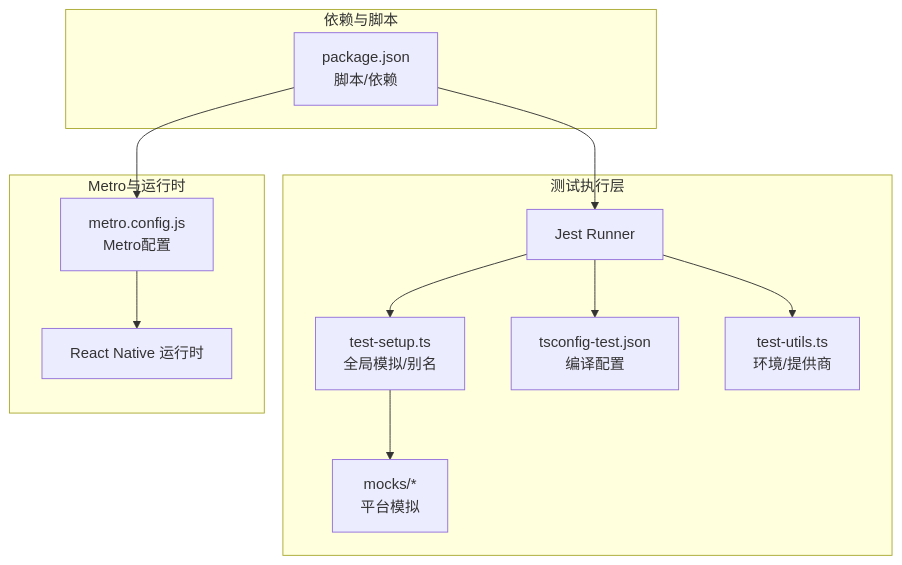
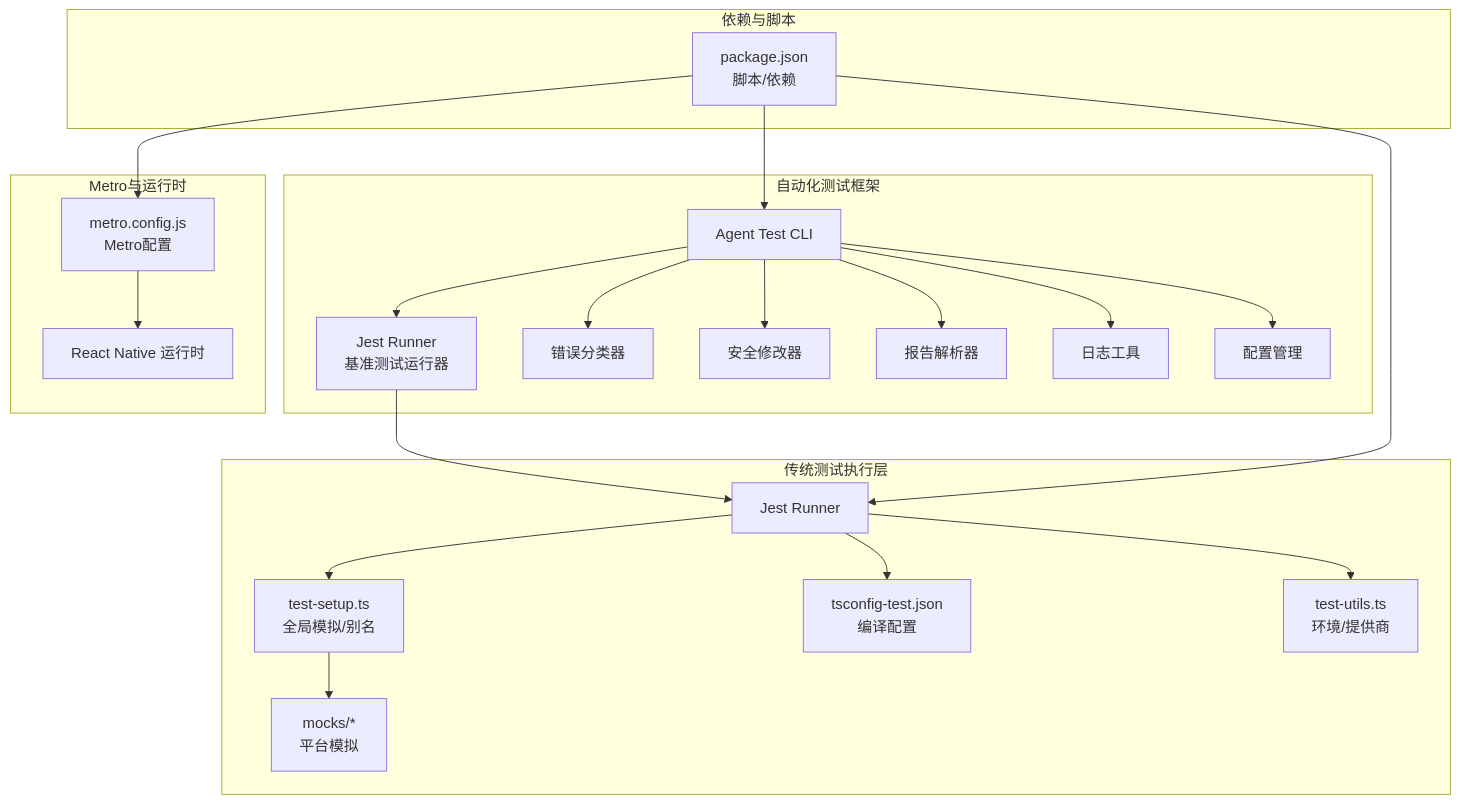
The second of 8 diagrams in .qoder/repowiki/zh/content/开发指南/调试与测试.md (NarcisWL/Nexara), drawn with Mermaid before and after one commit. The commit also changed other lines of this file and 19 other files, not shown here.

````diff
--- a/.qoder/repowiki/zh/content/开发指南/调试与测试.md
+++ b/.qoder/repowiki/zh/content/开发指南/调试与测试.md
@@ -87,24 +119,41 @@
 ```mermaid
 graph TB
-subgraph "测试执行层"
+subgraph "传统测试执行层"
 JEST["Jest Runner"]
 SETUP["test-setup.ts<br/>全局模拟/别名"]
 TS_TEST["tsconfig-test.json<br/>编译配置"]
 MOCKS["mocks/*<br/>平台模拟"]
 UTILS["test-utils.ts<br/>环境/提供商"]
+end
+subgraph "自动化测试框架"
+CLI["Agent Test CLI"]
+RUNNER["Jest Runner<br/>基准测试运行器"]
+DIAG["错误分类器"]
+FIX["安全修改器"]
+PARSER["报告解析器"]
+LOG["日志工具"]
+CONFIG["配置管理"]
 end
 subgraph "Metro与运行时"
 METRO["metro.config.js<br/>Metro配置"]
 RN["React Native 运行时"]
 end
 subgraph "依赖与脚本"
 PKG["package.json<br/>脚本/依赖"]
 end
 JEST --> SETUP
 SETUP --> MOCKS
 JEST --> TS_TEST
 JEST --> UTILS
+CLI --> RUNNER
+CLI --> DIAG
+CLI --> FIX
+CLI --> PARSER
+CLI --> LOG
+CLI --> CONFIG
+RUNNER --> JEST
 METRO --> RN
 PKG --> JEST
 PKG --> METRO
+PKG --> CLI
 ```
````
